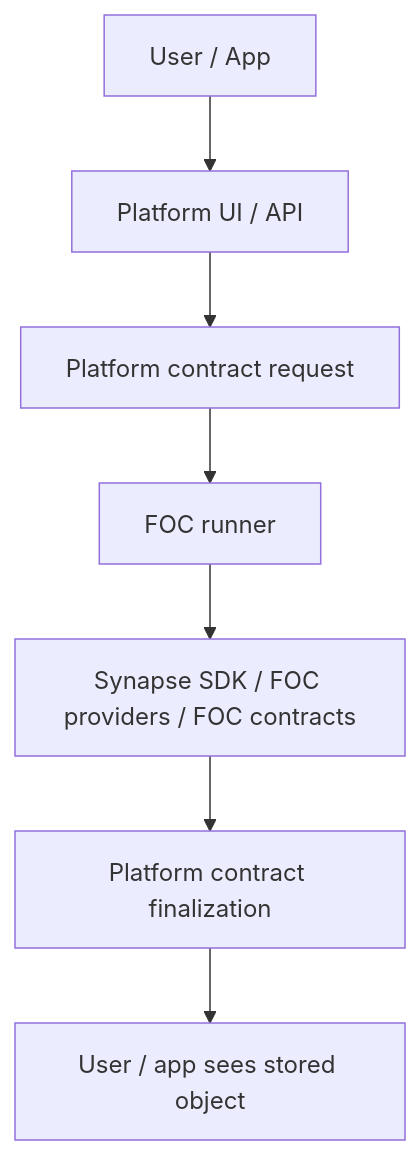
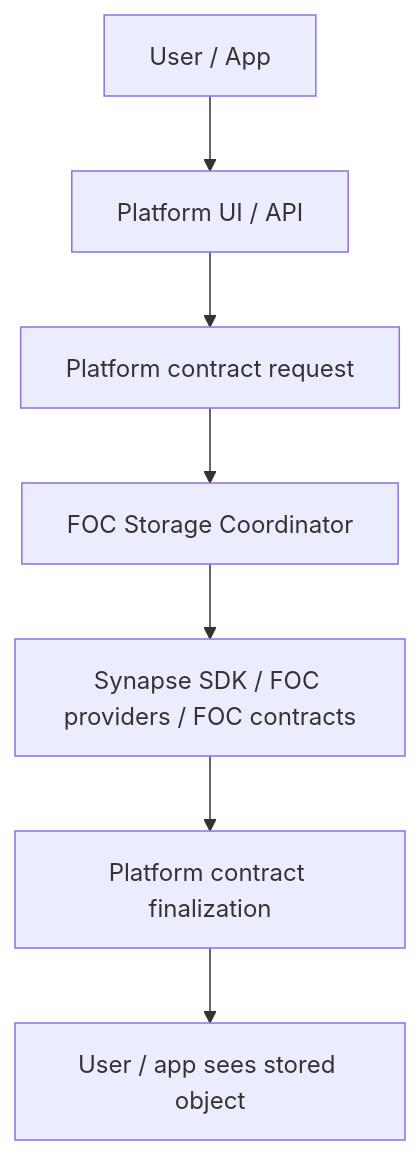
Before and after one commit to FIL-Builders/foc-platform: the seventh of 20 diagrams in spec.md, drawn with Mermaid. The commit also changed other lines of this file, not shown here.

Commit message:
Replace runner terminology with coordinator

````diff
--- a/spec.md
+++ b/spec.md
@@ -636,17 +636,17 @@
 ```mermaid
 flowchart TD
   user["User / App"]
   api["Platform UI / API"]
   request["Platform contract request"]
-  runner["FOC runner"]
+  coordinator["FOC Storage Coordinator"]
   foc["Synapse SDK / FOC providers / FOC contracts"]
   finalize["Platform contract finalization"]
   result["User / app sees stored object"]
 
   user --> api
   api --> request
-  request --> runner
-  runner --> foc
+  request --> coordinator
+  coordinator --> foc
   foc --> finalize
   finalize --> result
 ```
````
